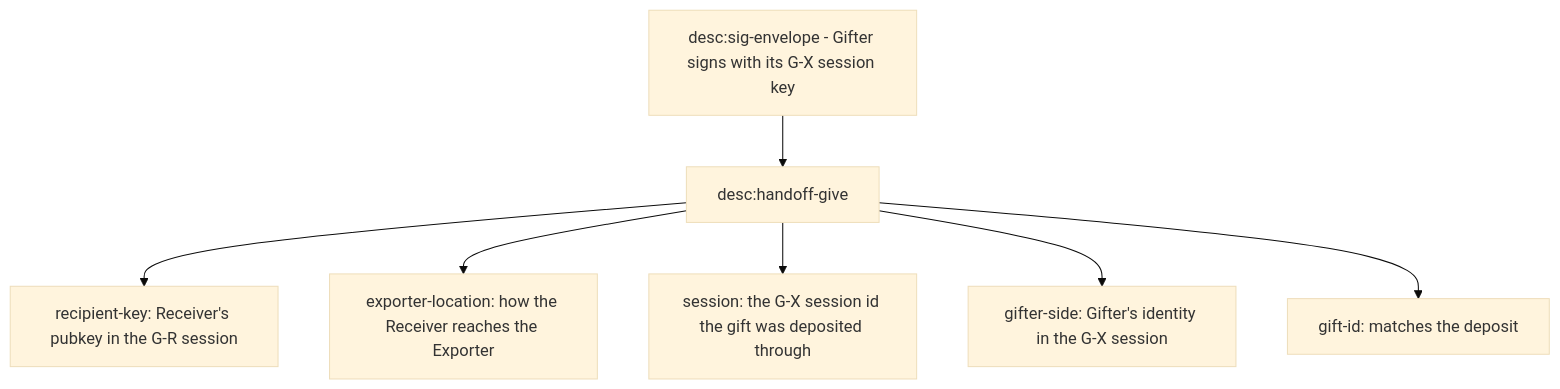
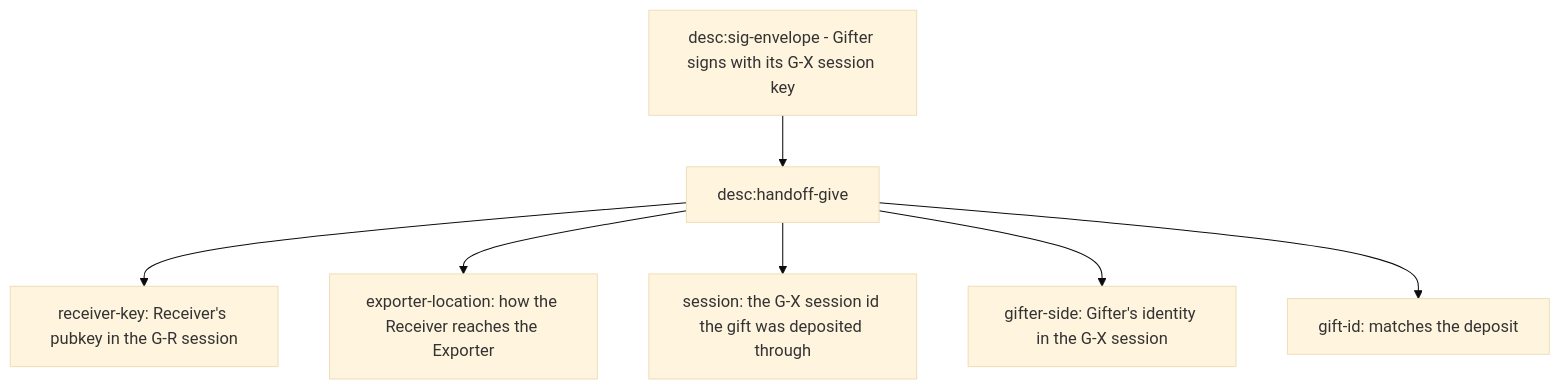
One commit to glowcap-org/glowcap changed the fourth of 8 diagrams in docs/protocol-diagrams/06-handoffs.md. Above: the diagram before and after it, drawn with Mermaid (base theme). The commit also changed other lines of this file and 419 other files, not shown here.

````diff
--- a/docs/protocol-diagrams/06-handoffs.md
+++ b/docs/protocol-diagrams/06-handoffs.md
@@ -60,9 +61,9 @@
 ```mermaid
 flowchart TD
     SIG["desc:sig-envelope - Gifter signs with its G-X session key"] --> HG["desc:handoff-give"]
-    HG --> RK["recipient-key: Receiver's pubkey in the G-R session"]
+    HG --> RK["receiver-key: Receiver's pubkey in the G-R session"]
     HG --> EL["exporter-location: how the Receiver reaches the Exporter"]
     HG --> GXS["session: the G-X session id the gift was deposited through"]
     HG --> GS["gifter-side: Gifter's identity in the G-X session"]
     HG --> GID["gift-id: matches the deposit"]
 ```
````
